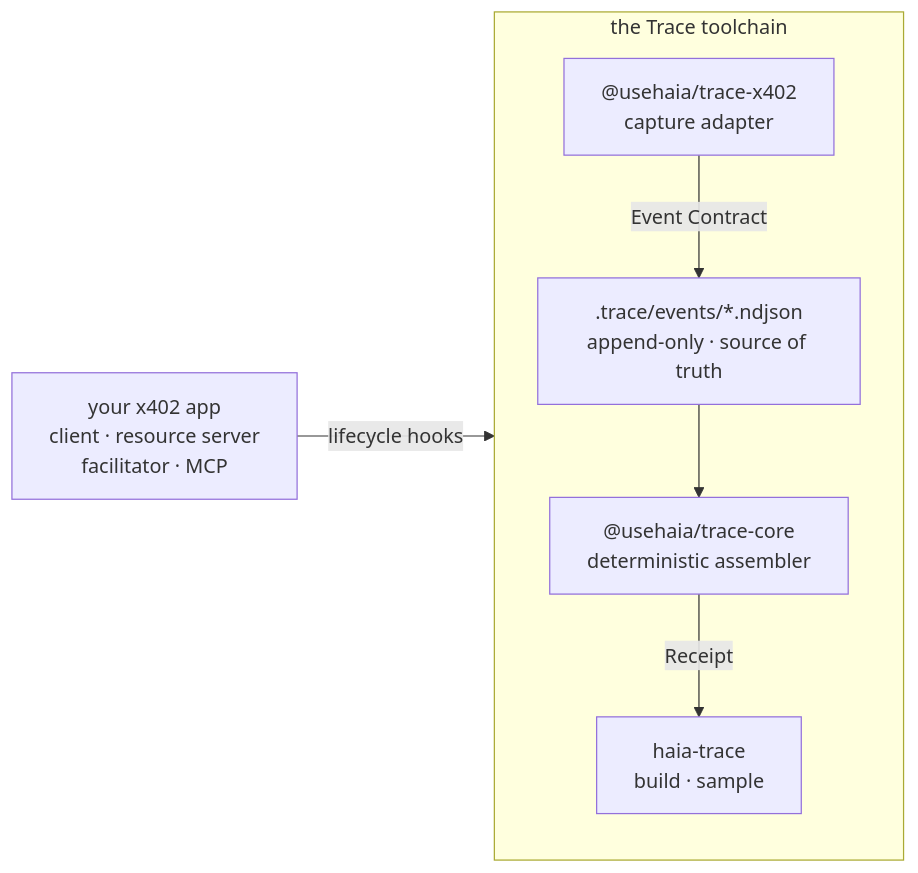
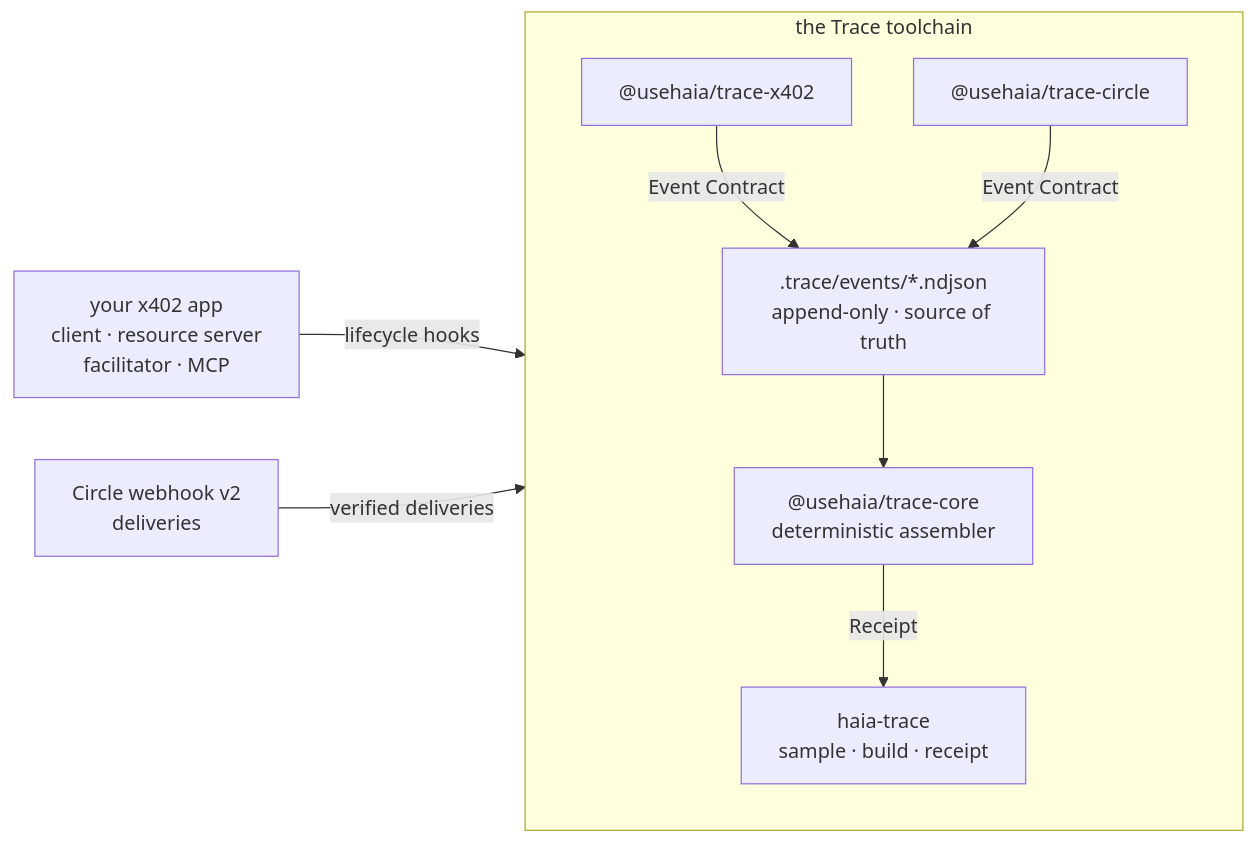
The diagram in README.md (Haia-Finance/haia-trace), drawn with Mermaid before and after one commit. The commit also changed other lines of this file and 30 other files, not shown here.

````diff
--- a/README.md
+++ b/README.md
@@ -74,17 +79,21 @@
 ```mermaid
 flowchart LR
   A["your x402 app<br/>client · resource server<br/>facilitator · MCP"]
+  W["Circle webhook v2<br/>deliveries"]
 
   subgraph toolchain["the Trace toolchain"]
     direction TB
-    B["@usehaia/trace-x402<br/>capture adapter"]
+    B["@usehaia/trace-x402"]
+    B2["@usehaia/trace-circle"]
     C[".trace/events/*.ndjson<br/>append-only · source of truth"]
     D["@usehaia/trace-core<br/>deterministic assembler"]
-    E["haia-trace<br/>build · sample"]
+    E["haia-trace<br/>sample · build · receipt"]
   end
 
   A -->|lifecycle hooks| B
+  W -->|verified deliveries| B2
   B -->|Event Contract| C
+  B2 -->|Event Contract| C
   C --> D
   D -->|Receipt| E
 ```
````
